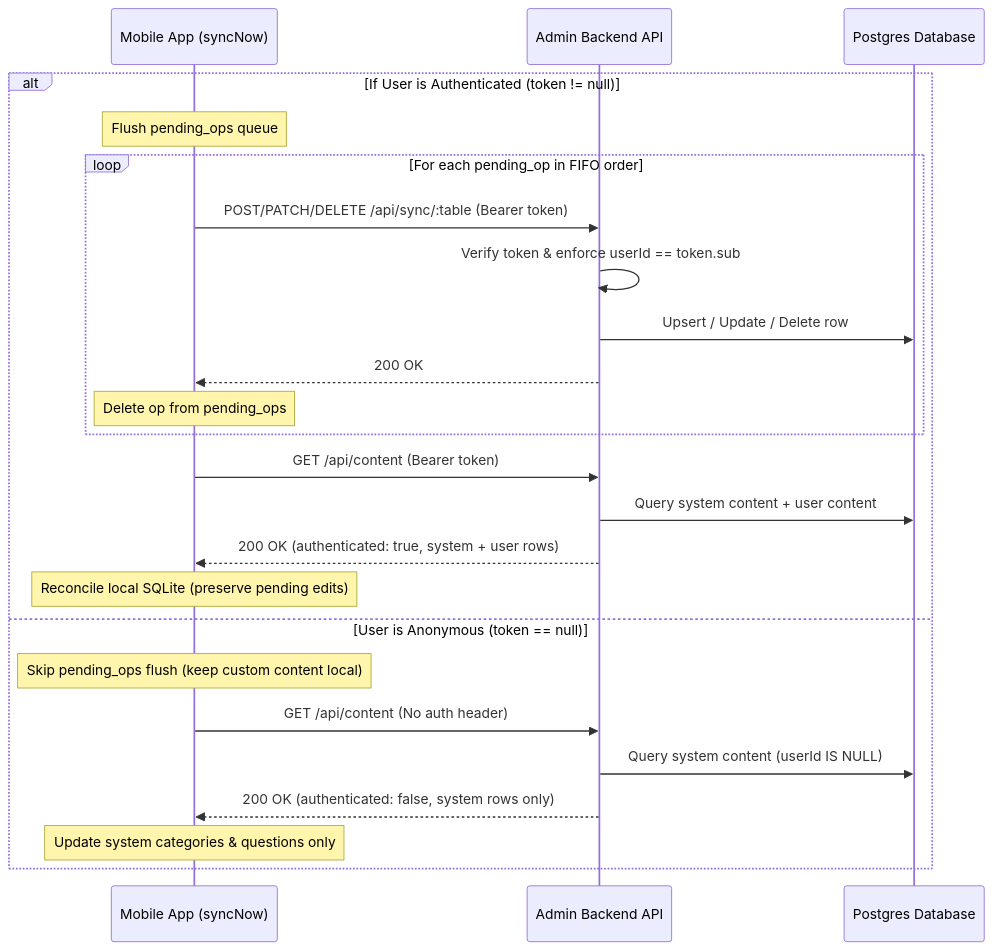
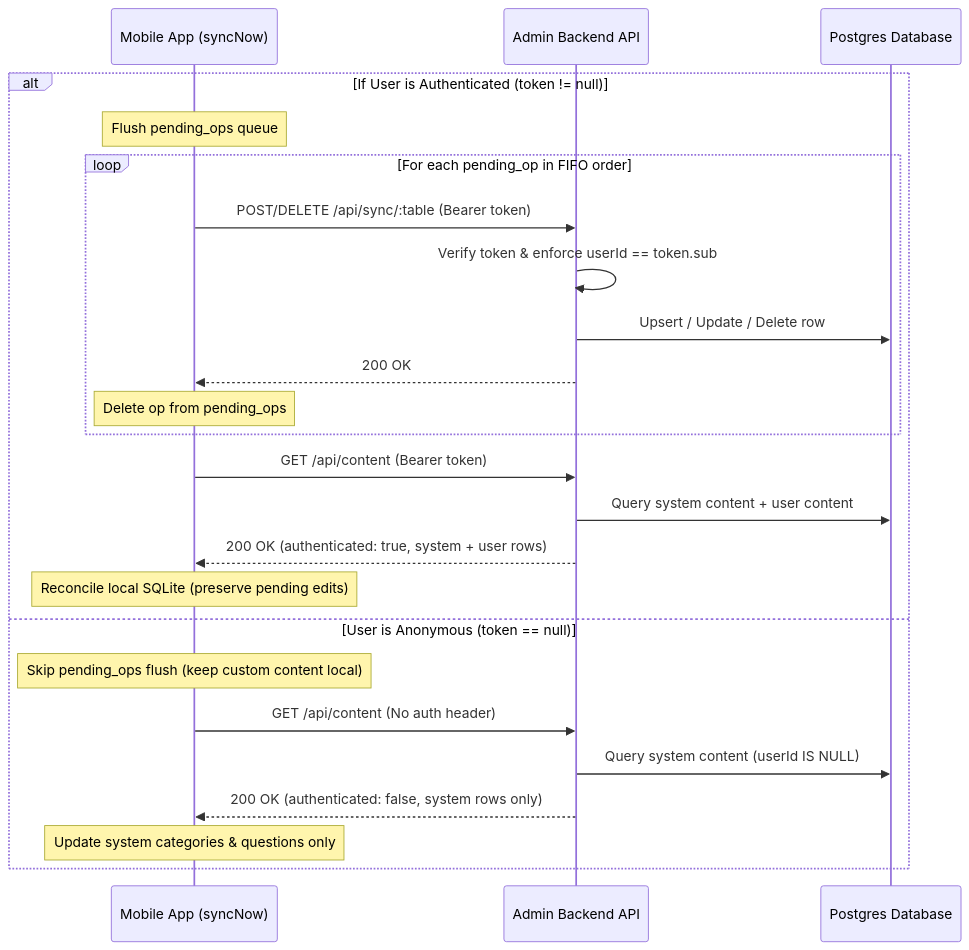
The diagram in docs/sync-and-api.md (ohapps/quiz-yourself-admin), drawn with Mermaid before and after one commit. The commit also changed other lines of this file and 1 other file, not shown here.

Commit message:
remove patch route

````diff
--- a/docs/sync-and-api.md
+++ b/docs/sync-and-api.md
@@ -240,27 +229,27 @@
 ```mermaid
 sequenceDiagram
     participant Mobile as Mobile App (syncNow)
     participant Server as Admin Backend API
     participant DB as Postgres Database
 
     alt If User is Authenticated (token != null)
         Note over Mobile: Flush pending_ops queue
         loop For each pending_op in FIFO order
-            Mobile->>Server: POST/PATCH/DELETE /api/sync/:table (Bearer token)
+            Mobile->>Server: POST/DELETE /api/sync/:table (Bearer token)
             Server->>Server: Verify token & enforce userId == token.sub
             Server->>DB: Upsert / Update / Delete row
             Server-->>Mobile: 200 OK
             Note over Mobile: Delete op from pending_ops
         end
         Mobile->>Server: GET /api/content (Bearer token)
         Server->>DB: Query system content + user content
         Server-->>Mobile: 200 OK (authenticated: true, system + user rows)
         Note over Mobile: Reconcile local SQLite (preserve pending edits)
     else User is Anonymous (token == null)
         Note over Mobile: Skip pending_ops flush (keep custom content local)
         Mobile->>Server: GET /api/content (No auth header)
         Server->>DB: Query system content (userId IS NULL)
         Server-->>Mobile: 200 OK (authenticated: false, system rows only)
         Note over Mobile: Update system categories & questions only
     end
 ```
````
